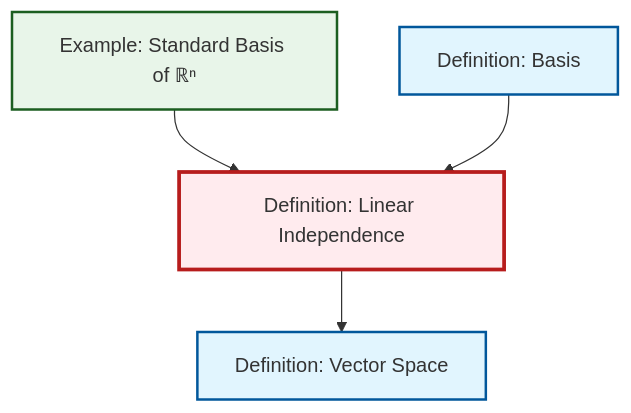
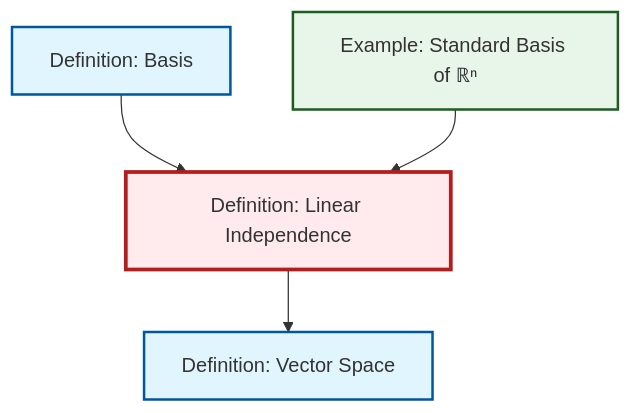
The diagram in content/ja/algebra/def-linear-independence.qmd (RK0429/ModernMath), drawn with Mermaid before and after one commit. The commit also changed other lines of this file and 597 other files, not shown here.

````diff
--- a/content/ja/algebra/def-linear-independence.qmd
+++ b/content/ja/algebra/def-linear-independence.qmd
@@ -46,20 +46,20 @@
 ```{mermaid}
 %%| fig-cap: "Local dependency graph"
 graph TD
     classDef definition fill:#e1f5fe,stroke:#01579b,stroke-width:2px
     classDef theorem fill:#f3e5f5,stroke:#4a148c,stroke-width:2px
     classDef axiom fill:#fff3e0,stroke:#e65100,stroke-width:2px
     classDef example fill:#e8f5e9,stroke:#1b5e20,stroke-width:2px
     classDef current fill:#ffebee,stroke:#b71c1c,stroke-width:3px
+    ex-standard-basis-rn["Example: Standard Basis of ℝⁿ"]:::example
+    def-basis["Definition: Basis"]:::definition
     def-vector-space["Definition: Vector Space"]:::definition
-    def-basis["Definition: Basis"]:::definition
     def-linear-independence["Definition: Linear Independence"]:::definition
-    ex-standard-basis-rn["Example: Standard Basis of ℝⁿ"]:::example
-    ex-standard-basis-rn --> def-linear-independence
     def-basis --> def-linear-independence
     def-linear-independence --> def-vector-space
+    ex-standard-basis-rn --> def-linear-independence
     class def-linear-independence current
+    click ex-standard-basis-rn "ex-standard-basis-rn.html" "Example: Standard Basis of ℝⁿへ"
+    click def-basis "def-basis.html" "Definition: Basisへ"
     click def-vector-space "def-vector-space.html" "Definition: Vector Spaceへ"
-    click def-basis "def-basis.html" "Definition: Basisへ"
-    click ex-standard-basis-rn "ex-standard-basis-rn.html" "Example: Standard Basis of ℝⁿへ"
 ```
````
